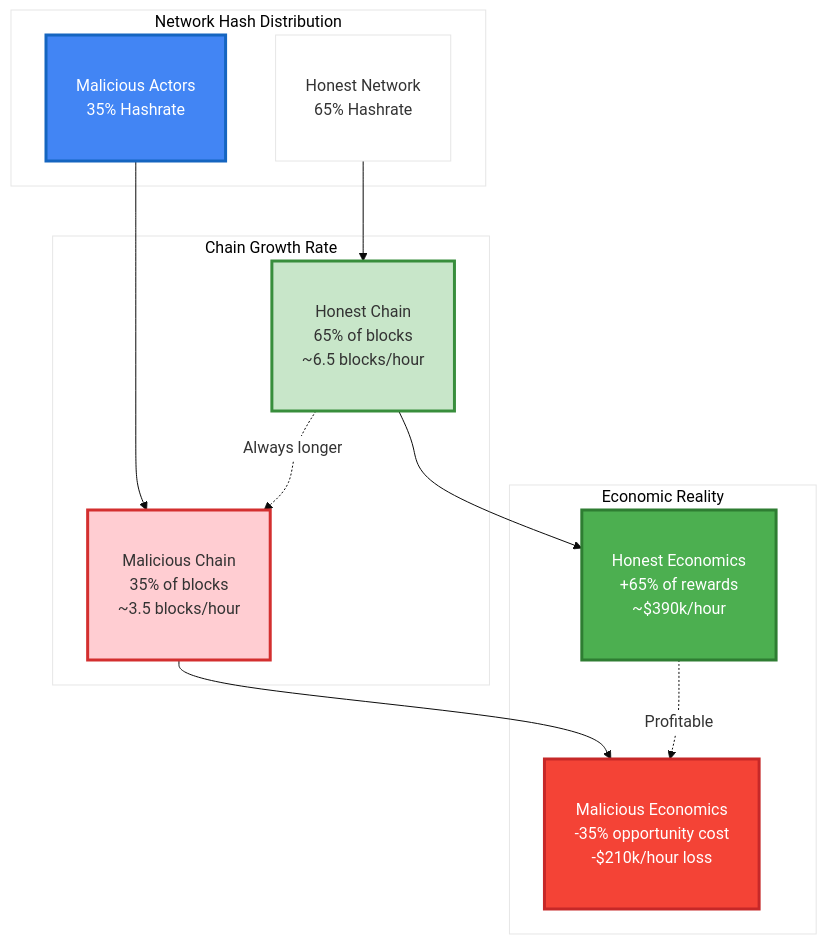
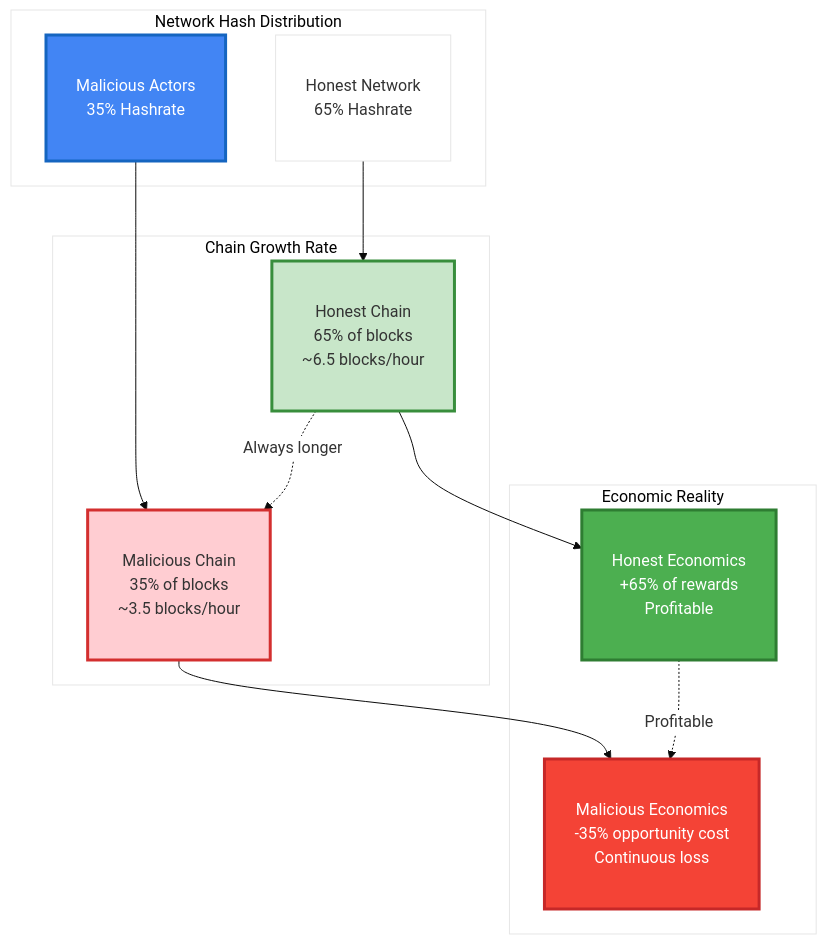
The eighth of 24 diagrams in public/api/articles/byzantine-fault-tolerance.md (shapkarin/shapkarin.me), drawn with Mermaid before and after one commit. The commit also changed other lines of this file, not shown here.

````diff
--- a/public/api/articles/byzantine-fault-tolerance.md
+++ b/public/api/articles/byzantine-fault-tolerance.md
@@ -516,33 +516,33 @@
 ```mermaid
 %%{init: {'theme':'base', 'themeVariables': {'primaryColor':'#ffffff', 'fontSize':'16px'}}}%%
 graph TD
     subgraph "Network Hash Distribution"
         HN["<br/>Honest Network<br/>65% Hashrate<br/><br/>"]
         MA["<br/>Malicious Actors<br/>35% Hashrate<br/><br/>"]
     end
     
     subgraph "Chain Growth Rate"
         HC["<br/>Honest Chain<br/>65% of blocks<br/>~6.5 blocks/hour<br/><br/>"]
         MC["<br/>Malicious Chain<br/>35% of blocks<br/>~3.5 blocks/hour<br/><br/>"]
     end
     
     subgraph "Economic Reality"
-        HE["<br/>Honest Economics<br/>+65% of rewards<br/>~$390k/hour<br/><br/>"]
-        ME["<br/>Malicious Economics<br/>-35% opportunity cost<br/>-$210k/hour loss<br/><br/>"]
+        HE["<br/>Honest Economics<br/>+65% of rewards<br/>Profitable<br/><br/>"]
+        ME["<br/>Malicious Economics<br/>-35% opportunity cost<br/>Continuous loss<br/><br/>"]
     end
     
     HN --> HC
     MA --> MC
     
     HC --> HE
     MC --> ME
     
     HC -.->|"Always longer"| MC
     HE -.->|"Profitable"| ME
     
     style HC fill:#c8e6c9,stroke:#388e3c,stroke-width:3px
     style MC fill:#ffcdd2,stroke:#d32f2f,stroke-width:3px
     style HE fill:#4caf50,stroke:#2e7d32,stroke-width:3px,color:#ffffff
     style ME fill:#f44336,stroke:#c62828,stroke-width:3px,color:#ffffff
     style MA fill:#4285f4,stroke:#1565c0,stroke-width:3px,color:#ffffff
 ```
````
